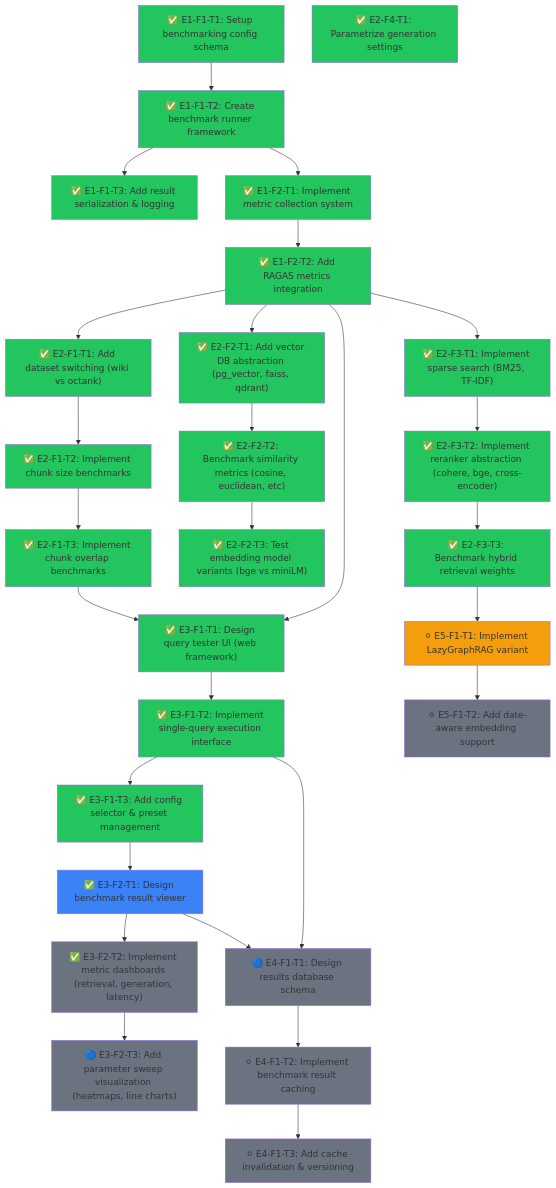
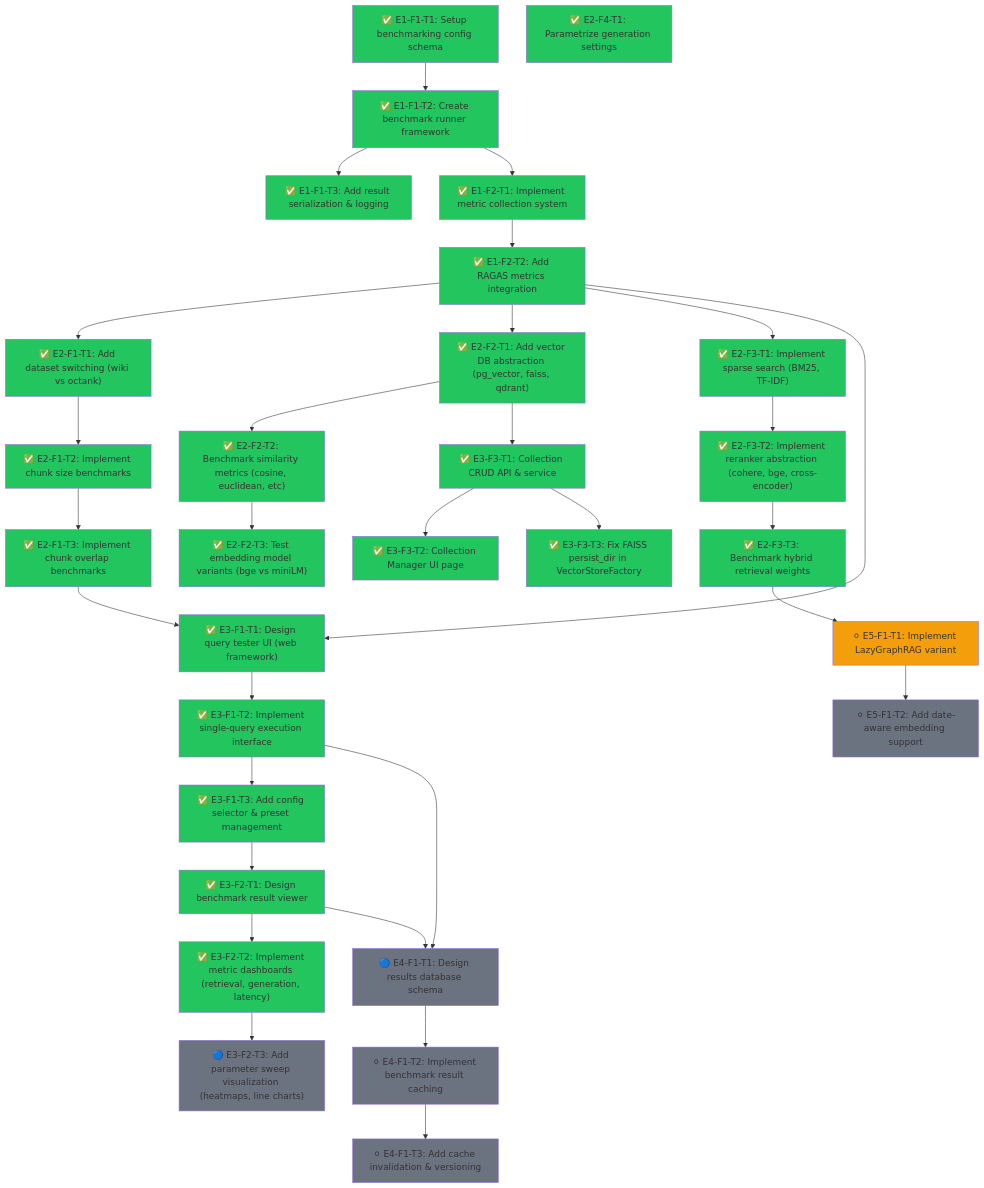
Before and after one commit to Vutiot/EvenementsRAG: the diagram in ROADMAP.md, drawn with Mermaid. The commit also changed other lines of this file and 30 other files, not shown here.

Commit message:
feat: E3-F3 - Collection management API, UI, and FAISS persist_dir fix

```diff
--- a/ROADMAP.md
+++ b/ROADMAP.md
@@ -39,6 +39,10 @@
   E3F2T1["✅ E3-F2-T1: Design benchmark result viewer"]
   E3F2T2["✅ E3-F2-T2: Implement metric dashboards (retrieval, generation, latency)"]
   E3F2T3["🔵 E3-F2-T3: Add parameter sweep visualization (heatmaps, line charts)"]
+
+  E3F3T1["✅ E3-F3-T1: Collection CRUD API & service"]
+  E3F3T2["✅ E3-F3-T2: Collection Manager UI page"]
+  E3F3T3["✅ E3-F3-T3: Fix FAISS persist_dir in VectorStoreFactory"]
 
   E4F1T1["🔵 E4-F1-T1: Design results database schema"]
   E4F1T2["⚪ E4-F1-T2: Implement benchmark result caching"]
@@ -70,6 +74,10 @@
   E3F2T1 --> E3F2T2
   E3F2T2 --> E3F2T3
 
+  E2F2T1 --> E3F3T1
+  E3F3T1 --> E3F3T2
+  E3F3T1 --> E3F3T3
+
   E3F1T2 --> E4F1T1
   E3F2T1 --> E4F1T1
   E4F1T1 --> E4F1T2
@@ -96,9 +104,12 @@
   style E3F1T1 fill:#22c55e
   style E3F1T2 fill:#22c55e
   style E3F1T3 fill:#22c55e
-  style E3F2T1 fill:#3b82f6
-  style E3F2T2 fill:#6b7280
+  style E3F2T1 fill:#22c55e
+  style E3F2T2 fill:#22c55e
   style E3F2T3 fill:#6b7280
+  style E3F3T1 fill:#22c55e
+  style E3F3T2 fill:#22c55e
+  style E3F3T3 fill:#22c55e
   style E4F1T1 fill:#6b7280
   style E4F1T2 fill:#6b7280
   style E4F1T3 fill:#6b7280
```
